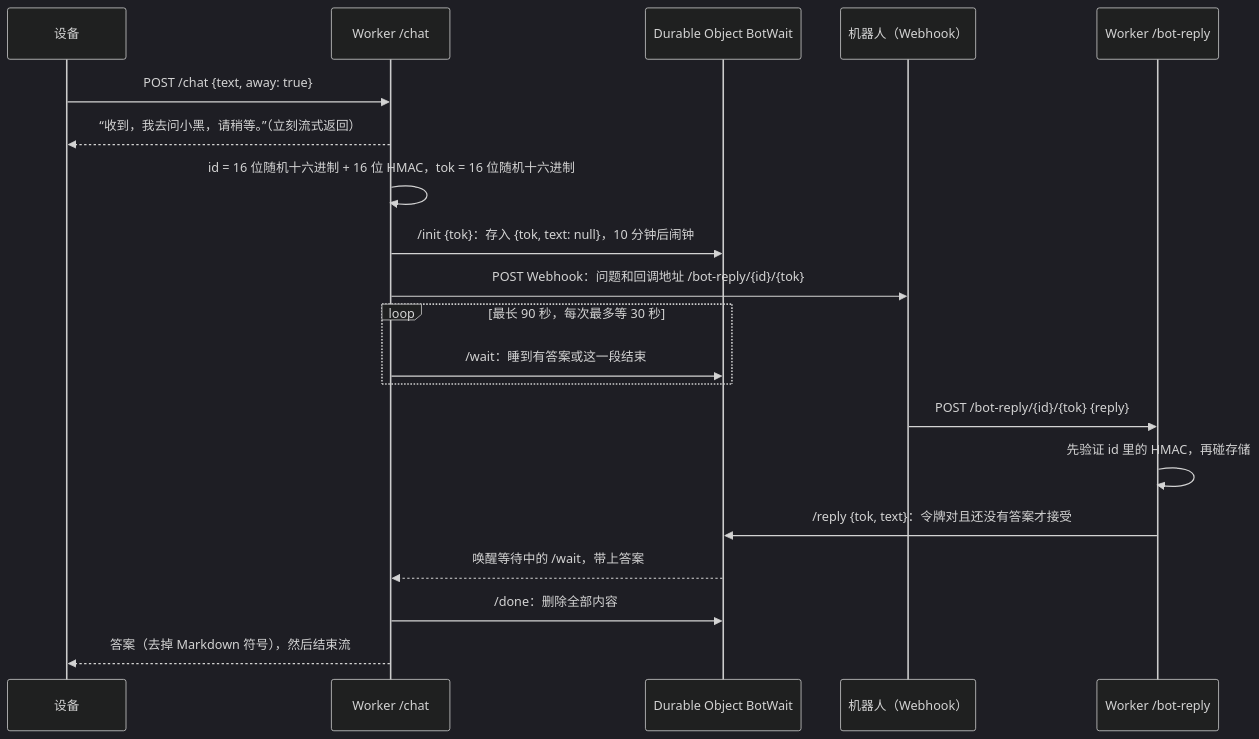
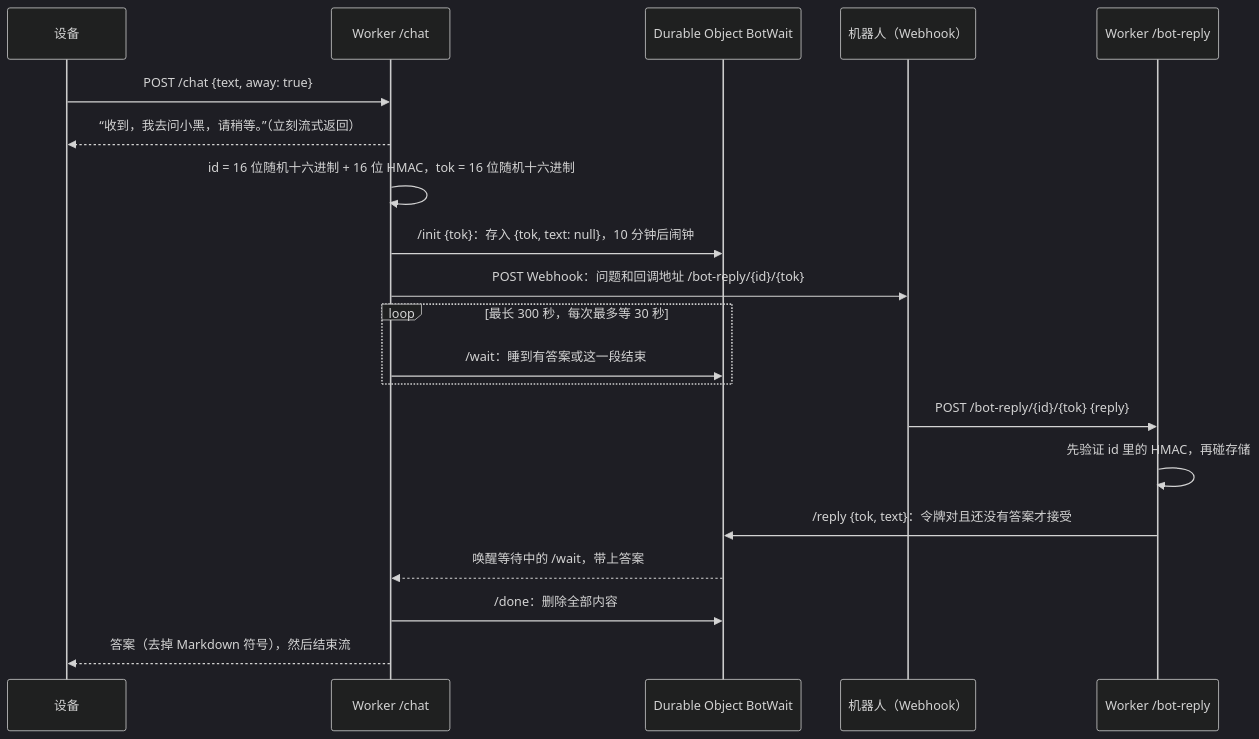
Before and after one commit to burndown/esp32-twinmate: the diagram in docs/GROK-BOT.zh-CN.md, drawn with Mermaid (dark theme). The commit also changed other lines of this file and 5 other files, not shown here.

````diff
--- a/docs/GROK-BOT.zh-CN.md
+++ b/docs/GROK-BOT.zh-CN.md
@@ -31,22 +31,22 @@
 ```mermaid
 sequenceDiagram
   participant D as 设备
   participant W as Worker /chat
   participant O as Durable Object BotWait
   participant B as 机器人（Webhook）
   participant C as Worker /bot-reply
   D->>W: POST /chat {text, away: true}
   W-->>D: “收到，我去问小黑，请稍等。”（立刻流式返回）
   W->>W: id = 16 位随机十六进制 + 16 位 HMAC，tok = 16 位随机十六进制
   W->>O: /init {tok}：存入 {tok, text: null}，10 分钟后闹钟
   W->>B: POST Webhook：问题和回调地址 /bot-reply/{id}/{tok}
-  loop 最长 90 秒，每次最多等 30 秒
+  loop 最长 300 秒，每次最多等 30 秒
     W->>O: /wait：睡到有答案或这一段结束
   end
   B->>C: POST /bot-reply/{id}/{tok} {reply}
   C->>C: 先验证 id 里的 HMAC，再碰存储
   C->>O: /reply {tok, text}：令牌对且还没有答案才接受
   O-->>W: 唤醒等待中的 /wait，带上答案
   W->>O: /done：删除全部内容
   W-->>D: 答案（去掉 Markdown 符号），然后结束流
 ```
````
